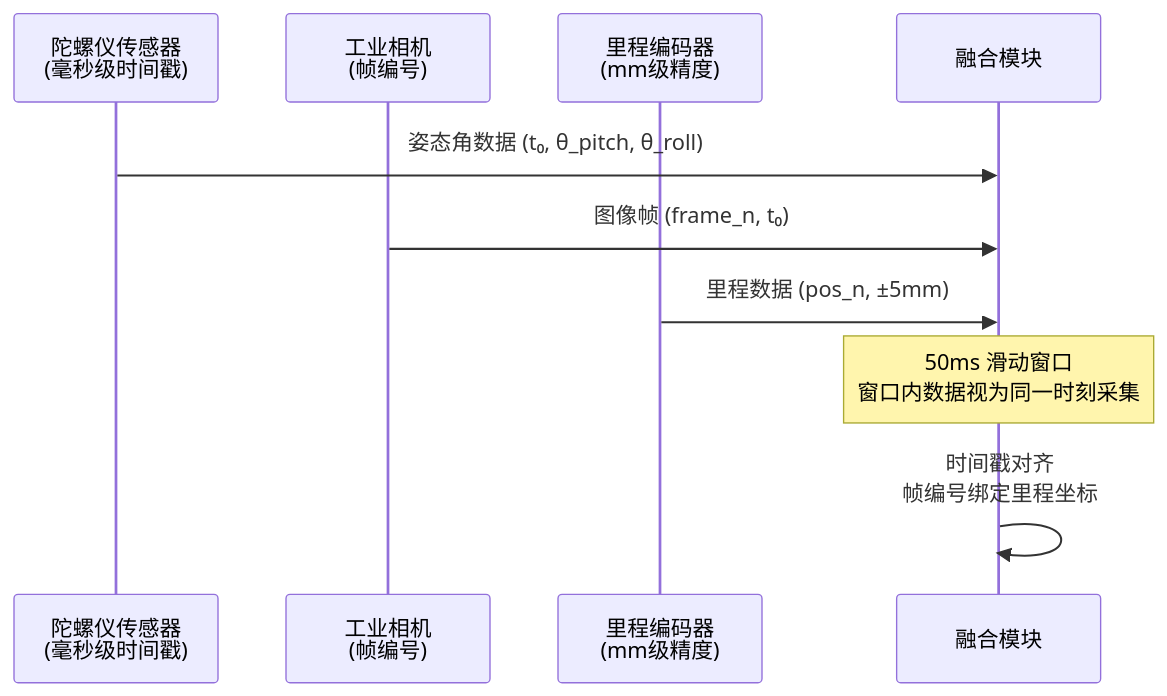
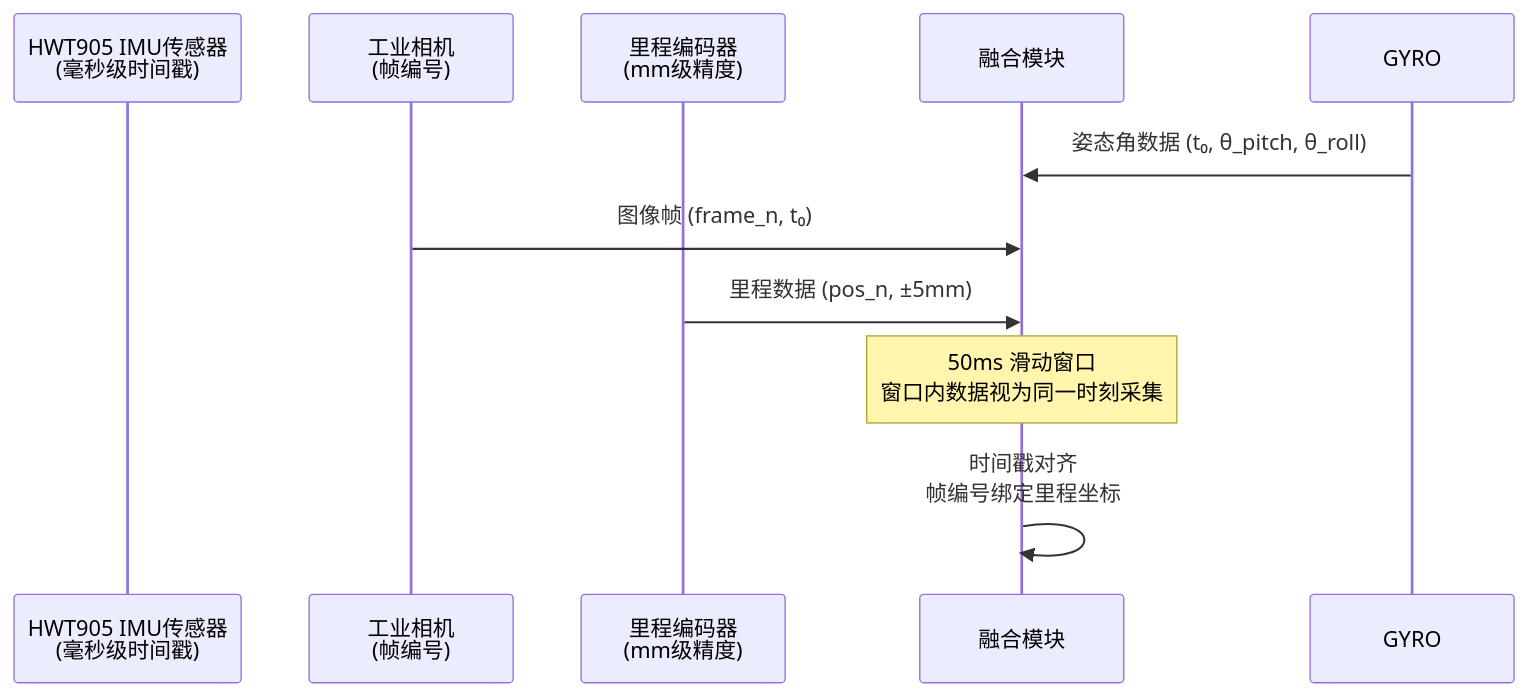
One commit to gao66683366-lab/workspace changed the eighth of 11 diagrams in 铁路线路智能综合检测机器人/技术文档章节拆分_20260417_0116/铁路线路智能综合检测机器人_技术文档_V3.0_第04章_软件与AI算法架构_20260306_20260417_0116.md. Above: the diagram before and after it, drawn with Mermaid. The commit also changed other lines of this file and 10 other files, not shown here.

````diff
--- a/铁路线路智能综合检测机器人/技术文档章节拆分_20260417_0116/铁路线路智能综合检测机器人_技术文档_V3.0_第04章_软件与AI算法架构_20260306_20260417_0116.md
+++ b/铁路线路智能综合检测机器人/技术文档章节拆分_20260417_0116/铁路线路智能综合检测机器人_技术文档_V3.0_第04章_软件与AI算法架构_20260306_20260417_0116.md
@@ -1461,15 +1461,15 @@
 ```mermaid
 sequenceDiagram
-    participant GYRO as 陀螺仪传感器<br/>(毫秒级时间戳)
+    participant HWT905 as HWT905 IMU传感器<br/>(毫秒级时间戳)
     participant CAM as 工业相机<br/>(帧编号)
     participant ENC as 里程编码器<br/>(mm级精度)
     participant FUSION as 融合模块
 
     GYRO->>FUSION: 姿态角数据 (t₀, θ_pitch, θ_roll)
     CAM->>FUSION: 图像帧 (frame_n, t₀)
     ENC->>FUSION: 里程数据 (pos_n, ±5mm)
 
     Note over FUSION: 50ms 滑动窗口<br/>窗口内数据视为同一时刻采集
 
     FUSION->>FUSION: 时间戳对齐<br/>帧编号绑定里程坐标
 ```
````
